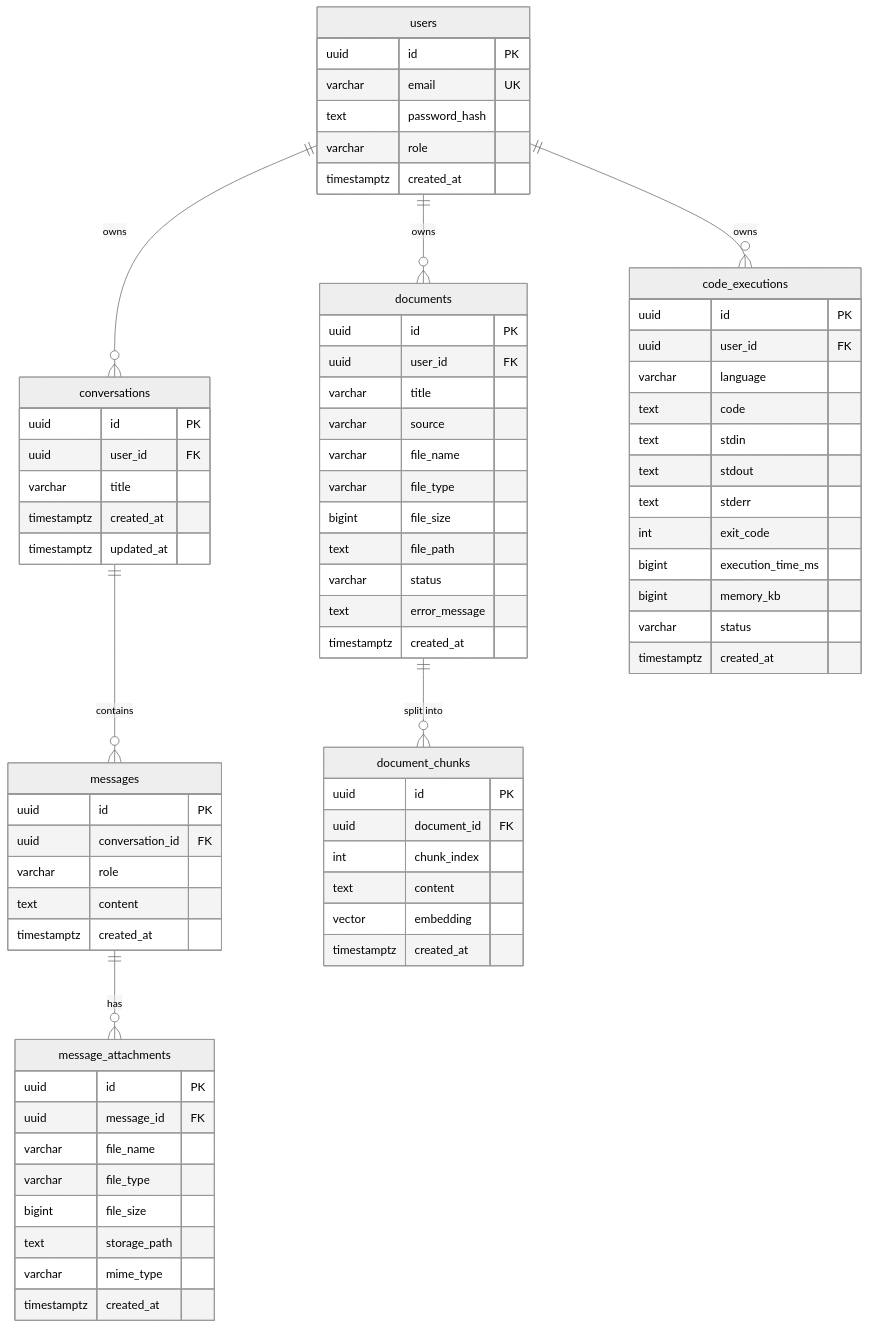
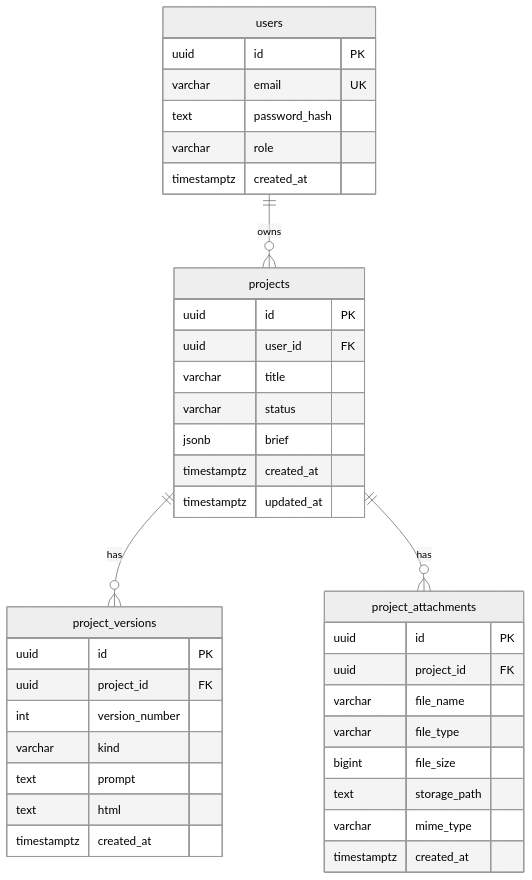
One commit to Abshoor24/NusaAI-BE changed the third of 3 diagrams in docs/architecture.md. Above: the diagram before and after it, drawn with Mermaid (neutral theme). The commit also changed other lines of this file and 4 other files, not shown here.

````diff
--- a/docs/architecture.md
+++ b/docs/architecture.md
@@ -219,13 +314,8 @@
 ```mermaid
 erDiagram
-    users ||--o{ conversations : "owns"
-    users ||--o{ documents : "owns"
-    users ||--o{ code_executions : "owns"
-
-    conversations ||--o{ messages : "contains"
-    messages ||--o{ message_attachments : "has"
-
-    documents ||--o{ document_chunks : "split into"
+    users ||--o{ projects : "owns"
+    projects ||--o{ project_versions : "has"
+    projects ||--o{ project_attachments : "has"
 
     users {
         uuid id PK
@@ -235,25 +325,29 @@
         timestamptz created_at
     }
 
-    conversations {
+    projects {
         uuid id PK
         uuid user_id FK
         varchar title
+        varchar status
+        jsonb brief
         timestamptz created_at
         timestamptz updated_at
     }
 
-    messages {
+    project_versions {
         uuid id PK
-        uuid conversation_id FK
-        varchar role
-        text content
+        uuid project_id FK
+        int version_number
+        varchar kind
+        text prompt
+        text html
         timestamptz created_at
     }
 
-    message_attachments {
+    project_attachments {
         uuid id PK
-        uuid message_id FK
+        uuid project_id FK
         varchar file_name
         varchar file_type
         bigint file_size
@@ -261,42 +355,4 @@
         varchar mime_type
         timestamptz created_at
     }
-
-    documents {
-        uuid id PK
-        uuid user_id FK
-        varchar title
-        varchar source
-        varchar file_name
-        varchar file_type
-        bigint file_size
-        text file_path
-        varchar status
-        text error_message
-        timestamptz created_at
-    }
-
-    document_chunks {
-        uuid id PK
-        uuid document_id FK
-        int chunk_index
-        text content
-        vector embedding
-        timestamptz created_at
-    }
-
-    code_executions {
-        uuid id PK
-        uuid user_id FK
-        varchar language
-        text code
-        text stdin
-        text stdout
-        text stderr
-        int exit_code
-        bigint execution_time_ms
-        bigint memory_kb
-        varchar status
-        timestamptz created_at
-    }
 ```
````
